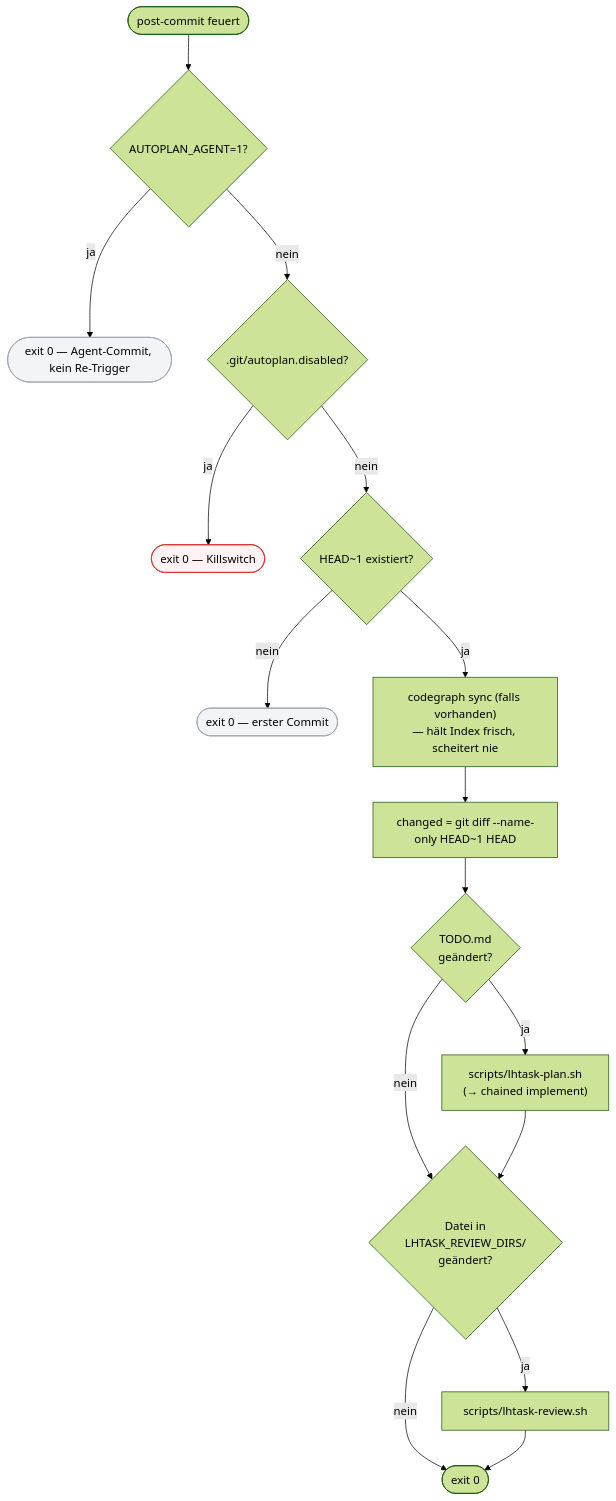
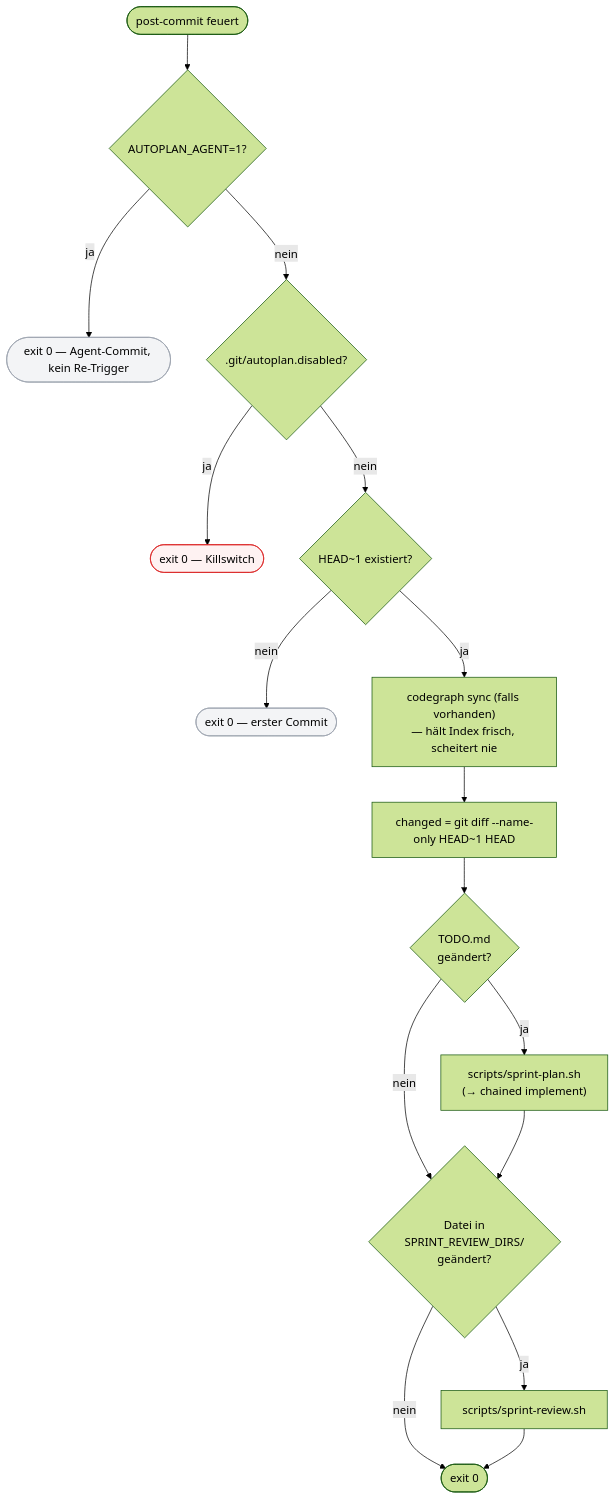
The fourth of 12 diagrams in ARCHITECTURE.md (leonhoffmann86/team-sprint), drawn with Mermaid (forest theme) before and after one commit. The commit also changed other lines of this file and 30 other files, not shown here.

First line of the commit message:
rename: LHTask → Sprint (v1.0.0)

````diff
--- a/ARCHITECTURE.md
+++ b/ARCHITECTURE.md
@@ -171,24 +171,24 @@
 ```mermaid
 flowchart TB
     START(["post-commit feuert"]) --> G1{"AUTOPLAN_AGENT=1?"}
     G1 -- "ja" --> X(["exit 0 — Agent-Commit, kein Re-Trigger"])
     G1 -- "nein" --> G2{".git/autoplan.disabled?"}
     G2 -- "ja" --> X2(["exit 0 — Killswitch"])
     G2 -- "nein" --> G3{"HEAD~1 existiert?"}
     G3 -- "nein" --> X3(["exit 0 — erster Commit"])
     G3 -- "ja" --> SYNC["codegraph sync (falls vorhanden)<br/>— hält Index frisch, scheitert nie"]
     SYNC --> DIFF["changed = git diff --name-only HEAD~1 HEAD"]
 
     DIFF --> C1{"TODO.md<br/>geändert?"}
-    C1 -- "ja" --> PLAN["scripts/lhtask-plan.sh<br/>(→ chained implement)"]
+    C1 -- "ja" --> PLAN["scripts/sprint-plan.sh<br/>(→ chained implement)"]
     C1 -- "nein" --> C2
 
-    PLAN --> C2{"Datei in<br/>LHTASK_REVIEW_DIRS/<br/>geändert?"}
-    C2 -- "ja" --> REV["scripts/lhtask-review.sh"]
+    PLAN --> C2{"Datei in<br/>SPRINT_REVIEW_DIRS/<br/>geändert?"}
+    C2 -- "ja" --> REV["scripts/sprint-review.sh"]
     C2 -- "nein" --> END(["exit 0"])
     REV --> END
 
     style X fill:#f3f4f6,stroke:#9ca3af
     style X2 fill:#fef2f2,stroke:#dc2626
     style X3 fill:#f3f4f6,stroke:#9ca3af
 ```
````
